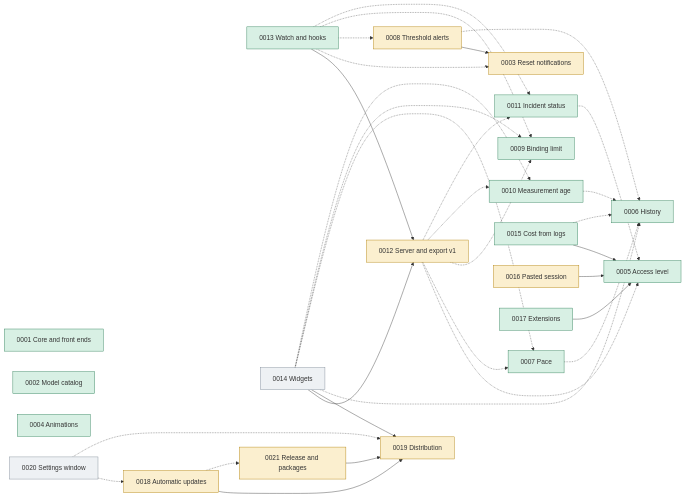
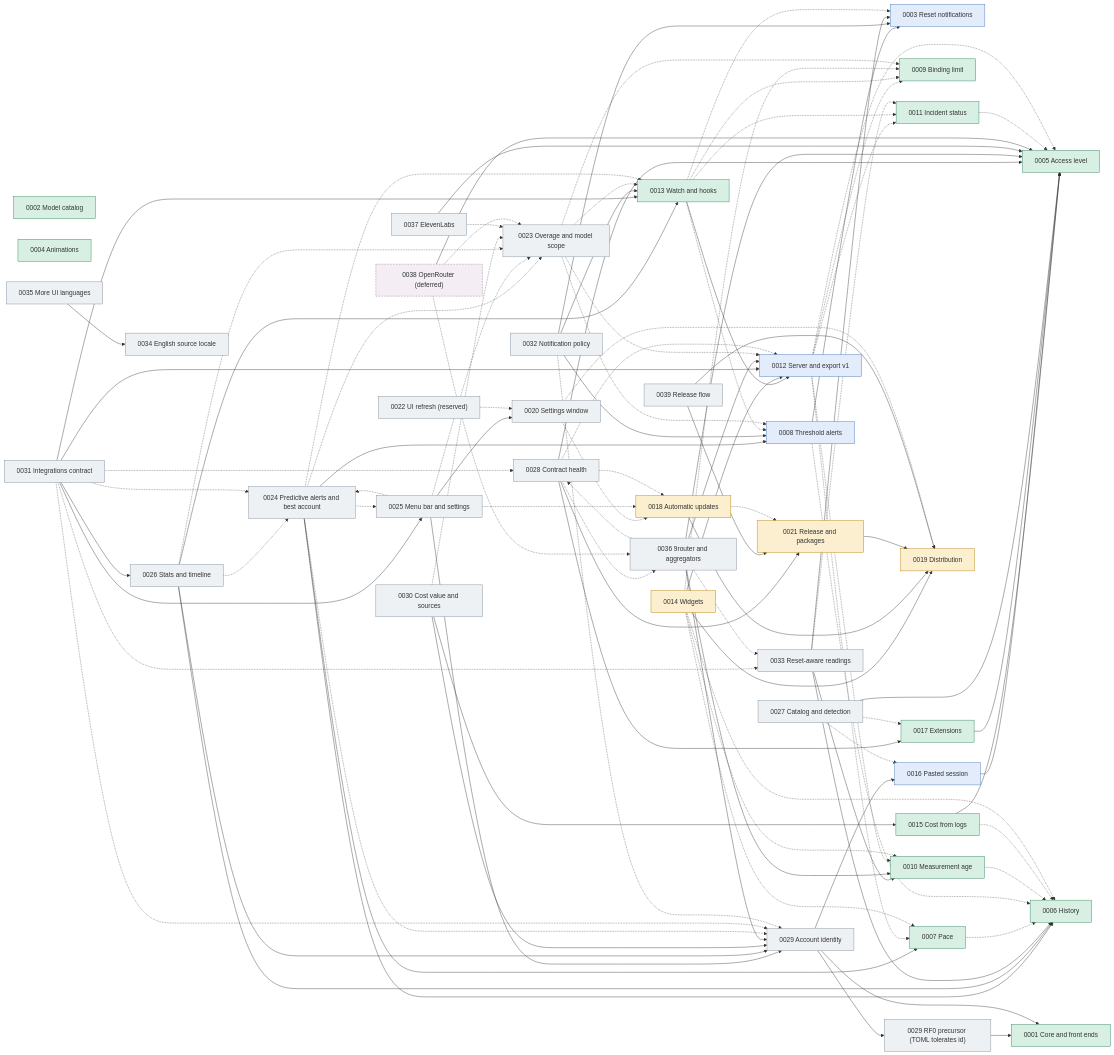
Before and after one commit to jmarcon/cuotai: the diagram in docs/plans/0000_control.md, drawn with Mermaid. The commit also changed other lines of this file and 97 other files, not shown here.

````diff
--- a/docs/plans/0000_control.md
+++ b/docs/plans/0000_control.md
@@ -135,30 +170,51 @@
 ```mermaid
 graph LR
   classDef done fill:#d8f0e4,stroke:#2a7d55
+  classDef await fill:#e3ecfb,stroke:#3b6db3
   classDef wip fill:#fbefcf,stroke:#b07d00
   classDef todo fill:#eef1f4,stroke:#7a8794
+  classDef deferred fill:#f4eef4,stroke:#8a6d8a,stroke-dasharray:4 3
 
   P1["0001 Core and front ends"]:::done
   P2["0002 Model catalog"]:::done
-  P3["0003 Reset notifications"]:::wip
+  P3["0003 Reset notifications"]:::await
   P4["0004 Animations"]:::done
   P5["0005 Access level"]:::done
   P6["0006 History"]:::done
   P7["0007 Pace"]:::done
-  P8["0008 Threshold alerts"]:::wip
+  P8["0008 Threshold alerts"]:::await
   P9["0009 Binding limit"]:::done
   P10["0010 Measurement age"]:::done
   P11["0011 Incident status"]:::done
-  P12["0012 Server and export v1"]:::wip
+  P12["0012 Server and export v1"]:::await
   P13["0013 Watch and hooks"]:::done
-  P14["0014 Widgets"]:::todo
+  P14["0014 Widgets"]:::wip
   P15["0015 Cost from logs"]:::done
-  P16["0016 Pasted session"]:::wip
+  P16["0016 Pasted session"]:::await
   P17["0017 Extensions"]:::done
   P18["0018 Automatic updates"]:::wip
   P19["0019 Distribution"]:::wip
   P20["0020 Settings window"]:::todo
   P21["0021 Release and packages"]:::wip
+  P22["0022 UI refresh (reserved)"]:::todo
+  P23["0023 Overage and model scope"]:::todo
+  P24["0024 Predictive alerts and best account"]:::todo
+  P25["0025 Menu bar and settings"]:::todo
+  P26["0026 Stats and timeline"]:::todo
+  P27["0027 Catalog and detection"]:::todo
+  P28["0028 Contract health"]:::todo
+  P29R0["0029 RF0 precursor (TOML tolerates id)"]:::todo
+  P29["0029 Account identity"]:::todo
+  P30["0030 Cost value and sources"]:::todo
+  P31["0031 Integrations contract"]:::todo
+  P32["0032 Notification policy"]:::todo
+  P33["0033 Reset-aware readings"]:::todo
+  P34["0034 English source locale"]:::todo
+  P35["0035 More UI languages"]:::todo
+  P36["0036 9router and aggregators"]:::todo
+  P37["0037 ElevenLabs"]:::todo
+  P38["0038 OpenRouter (deferred)"]:::deferred
+  P39["0039 Release flow"]:::todo
 
   P8 --> P3
   P13 --> P12
@@ -168,6 +224,44 @@
   P16 --> P5
   P17 --> P5
   P18 --> P19
+  P21 --> P19
+  P24 --> P6
+  P24 --> P7
+  P24 --> P8
+  P25 --> P20
+  P25 --> P29
+  P26 --> P6
+  P26 --> P13
+  P26 --> P29
+  P27 --> P5
+  P28 --> P5
+  P28 --> P17
+  P28 --> P21
+  P29 --> P29R0
+  P29R0 --> P1
+  P29 --> P1
+  P29 --> P16
+  P30 --> P15
+  P30 --> P29
+  P31 --> P12
+  P31 --> P13
+  P31 --> P25
+  P31 --> P26
+  P32 --> P3
+  P32 --> P8
+  P32 --> P13
+  P33 --> P3
+  P33 --> P6
+  P33 --> P10
+  P35 --> P34
+  P36 --> P5
+  P36 --> P10
+  P36 --> P12
+  P36 --> P29
+  P37 --> P5
+  P38 --> P5
+  P39 --> P19
+  P39 --> P21
 
   P7 -.-> P6
   P8 -.-> P6
@@ -187,8 +281,38 @@
   P14 -.-> P7
   P14 -.-> P9
   P14 -.-> P10
+  P18 -.-> P21
   P20 -.-> P18
   P20 -.-> P19
-  P21 --> P19
-  P18 -.-> P21
+  P22 -.-> P20
+  P23 -.-> P8
+  P23 -.-> P9
+  P23 -.-> P12
+  P23 -.-> P13
+  P24 -.-> P13
+  P24 -.-> P23
+  P24 -.-> P25
+  P24 -.-> P29
+  P25 -.-> P23
+  P25 -.-> P24
+  P25 -.-> P18
+  P26 -.-> P23
+  P26 -.-> P24
+  P27 -.-> P16
+  P27 -.-> P17
+  P28 -.-> P12
+  P28 -.-> P18
+  P28 -.-> P36
+  P30 -.-> P23
+  P31 -.-> P24
+  P31 -.-> P28
+  P31 -.-> P29
+  P31 -.-> P33
+  P32 -.-> P29
+  P33 -.-> P11
+  P36 -.-> P28
+  P36 -.-> P33
+  P37 -.-> P23
+  P38 -.-> P23
+  P38 -.-> P36
 ```
````
